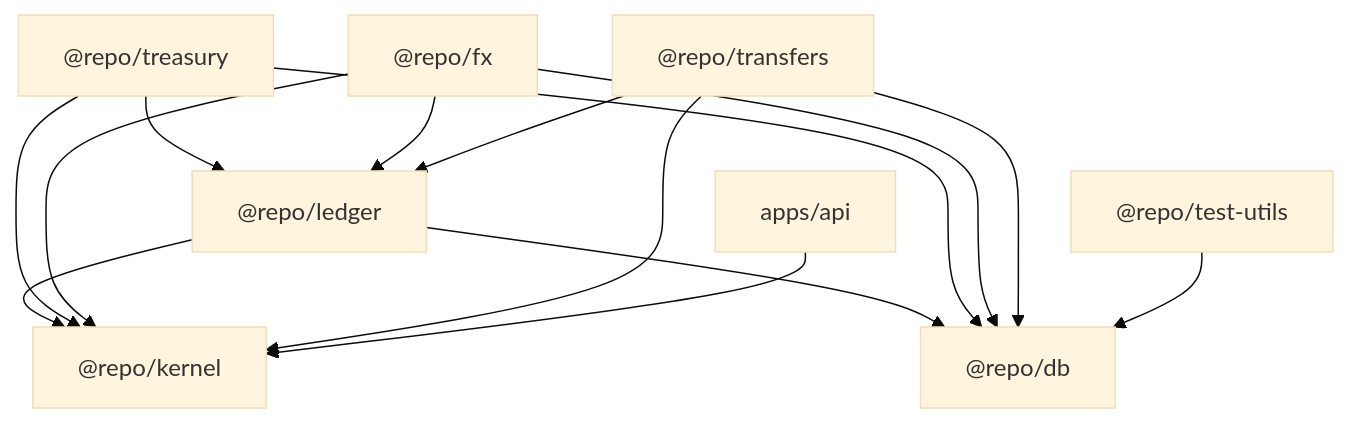
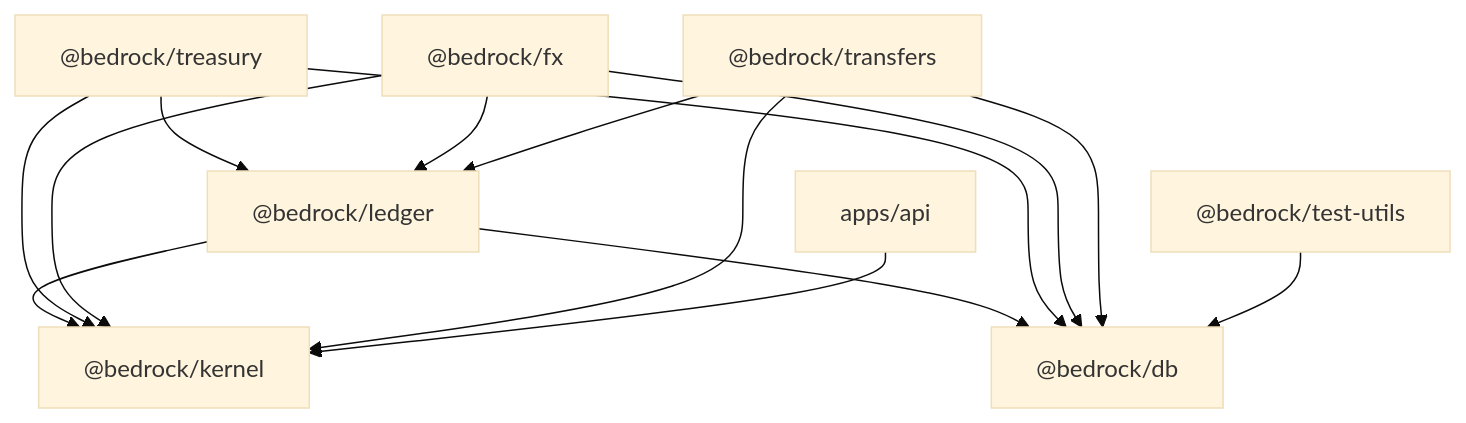
Before and after one commit to MPayments/bedrock: the first of 2 diagrams in docs/architecture.md, drawn with Mermaid (base theme). The commit also changed other lines of this file and 91 other files, not shown here.

````diff
--- a/docs/architecture.md
+++ b/docs/architecture.md
@@ -34,25 +34,25 @@
 ```mermaid
 graph TD
-    K["@repo/kernel"]
-    DB["@repo/db"]
-    L["@repo/ledger"]
-    T["@repo/treasury"]
-    FX["@repo/fx"]
-    TR["@repo/transfers"]
-    TU["@repo/test-utils"]
+    K["@bedrock/kernel"]
+    DB["@bedrock/db"]
+    L["@bedrock/ledger"]
+    T["@bedrock/treasury"]
+    FX["@bedrock/fx"]
+    TR["@bedrock/transfers"]
+    TU["@bedrock/test-utils"]
     API["apps/api"]
 
     L --> K
     L --> DB
     T --> L
     T --> DB
     T --> K
     FX --> DB
     FX --> K
     FX --> L
     TR --> DB
     TR --> K
     TR --> L
     TU --> DB
     API --> K
 ```
````
